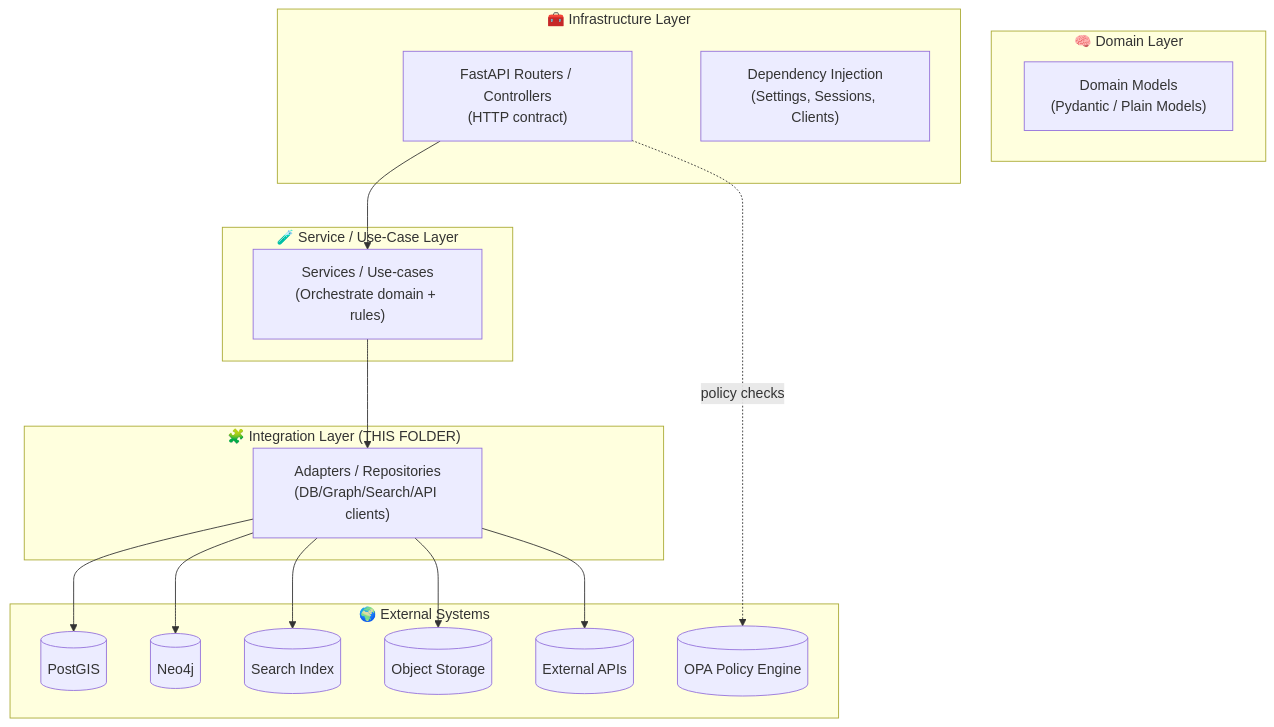
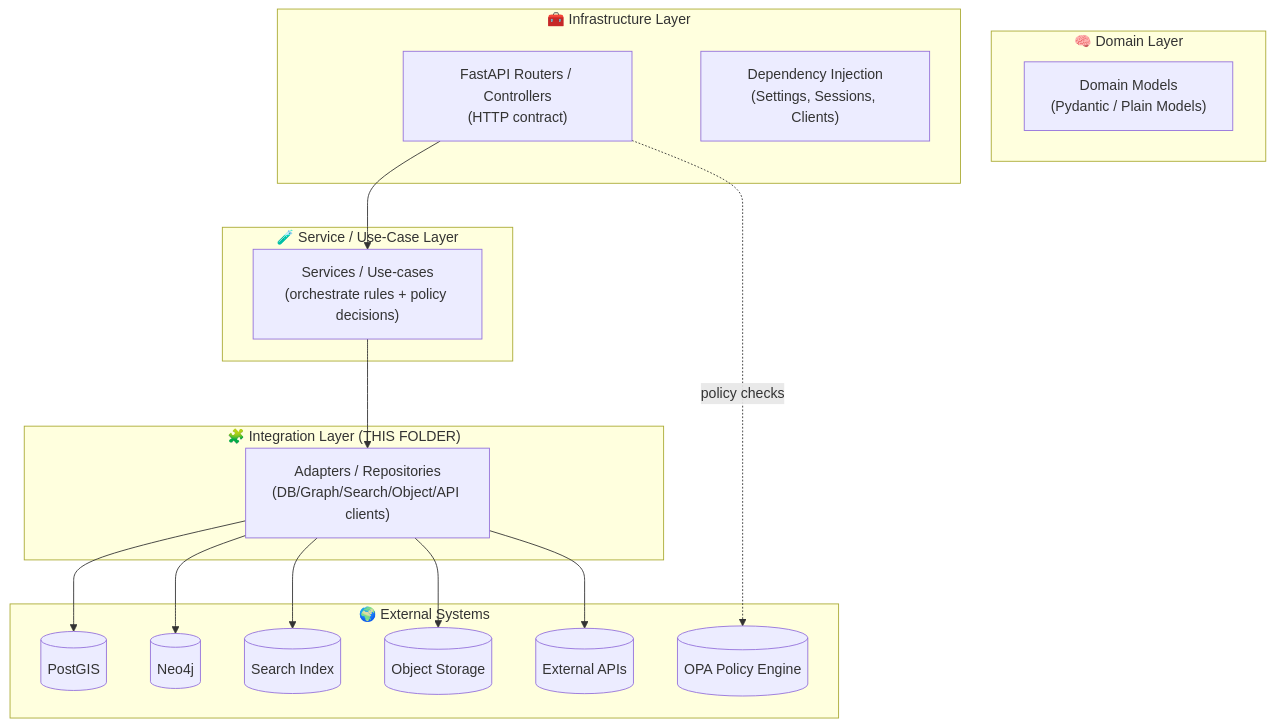
The first of 3 diagrams in api/adapters/README.md (bartytime4life/Kansas-Frontier-Matrix), drawn with Mermaid before and after one commit. The commit also changed other lines of this file, not shown here.

````diff
--- a/api/adapters/README.md
+++ b/api/adapters/README.md
@@ -31,37 +78,37 @@
 ```mermaid
 flowchart TB
   subgraph Domain["🧠 Domain Layer"]
     D["Domain Models\n(Pydantic / Plain Models)"]
   end
 
   subgraph Services["🧪 Service / Use-Case Layer"]
-    S["Services / Use-cases\n(Orchestrate domain + rules)"]
+    S["Services / Use-cases\n(orchestrate rules + policy decisions)"]
   end
 
   subgraph Adapters["🧩 Integration Layer (THIS FOLDER)"]
-    A["Adapters / Repositories\n(DB/Graph/Search/API clients)"]
+    A["Adapters / Repositories\n(DB/Graph/Search/Object/API clients)"]
   end
 
   subgraph Infra["🧰 Infrastructure Layer"]
     API["FastAPI Routers / Controllers\n(HTTP contract)"]
     DI["Dependency Injection\n(Settings, Sessions, Clients)"]
   end
 
   subgraph External["🌍 External Systems"]
     PG[(PostGIS)]
     N4J[(Neo4j)]
     IDX[(Search Index)]
     OBJ[(Object Storage)]
     EXT[(External APIs)]
     OPA[(OPA Policy Engine)]
   end
 
   API --> S
   S --> A
   A --> PG
   A --> N4J
   A --> IDX
   A --> OBJ
   A --> EXT
   API -.policy checks.-> OPA
 ```
````
